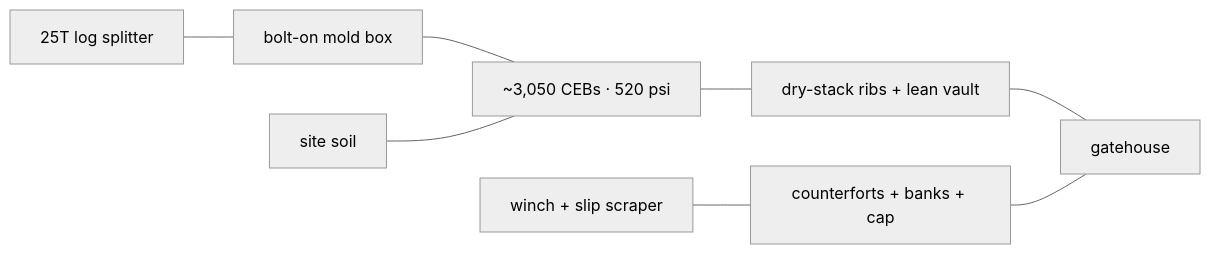
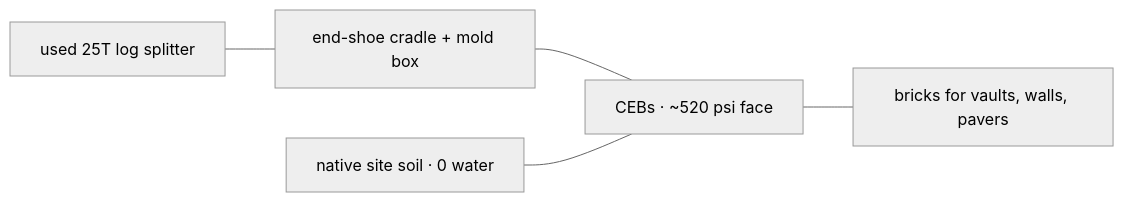
Before and after one commit to mars-doom/ceb-press: the diagram in docs/design.md, drawn with Mermaid (neutral theme). The commit also changed other lines of this file and 4 other files, not shown here.

Commit message:
Reframe site around the press; gatehouse becomes first application

````diff
--- a/docs/design.md
+++ b/docs/design.md
@@ -14,10 +13,7 @@
 ```mermaid
 flowchart LR
-    A[25T log splitter] --- B[bolt-on mold box]
-    B --- C[~3,050 CEBs · 520 psi]
-    D[site soil] --- C
-    C --- E[dry-stack ribs + lean vault]
-    F[winch + slip scraper] --- G[counterforts + banks + cap]
-    E --- H[gatehouse]
-    G --- H
+    A[used 25T log splitter] --- B[end-shoe cradle + mold box]
+    B --- C[CEBs · ~520 psi face]
+    D[native site soil · 0 water] --- C
+    C --- E[bricks for vaults, walls, pavers]
 ```
````
